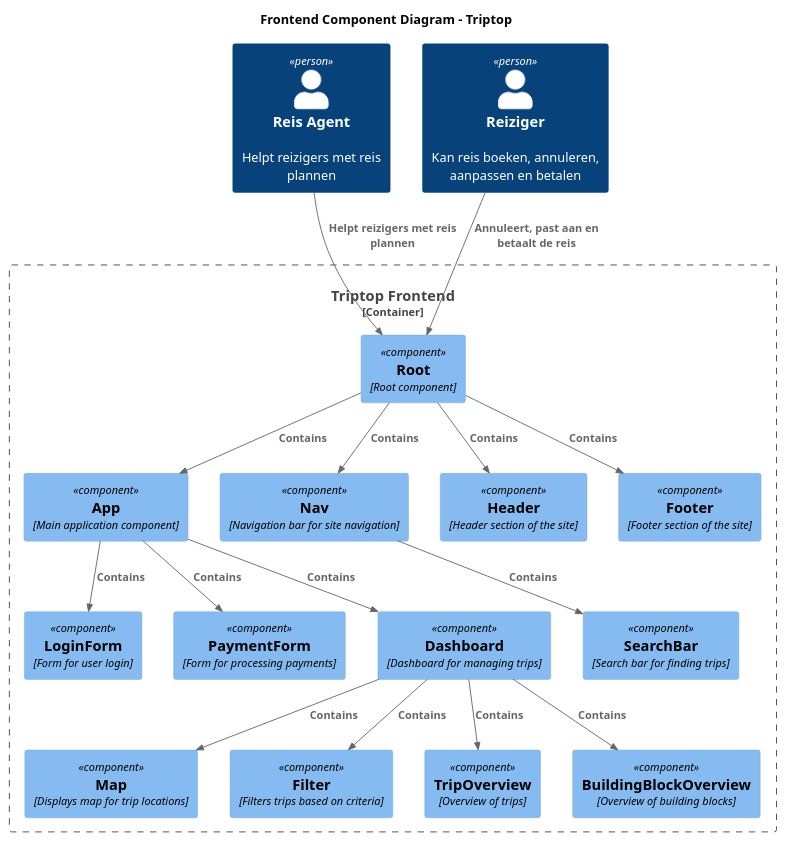
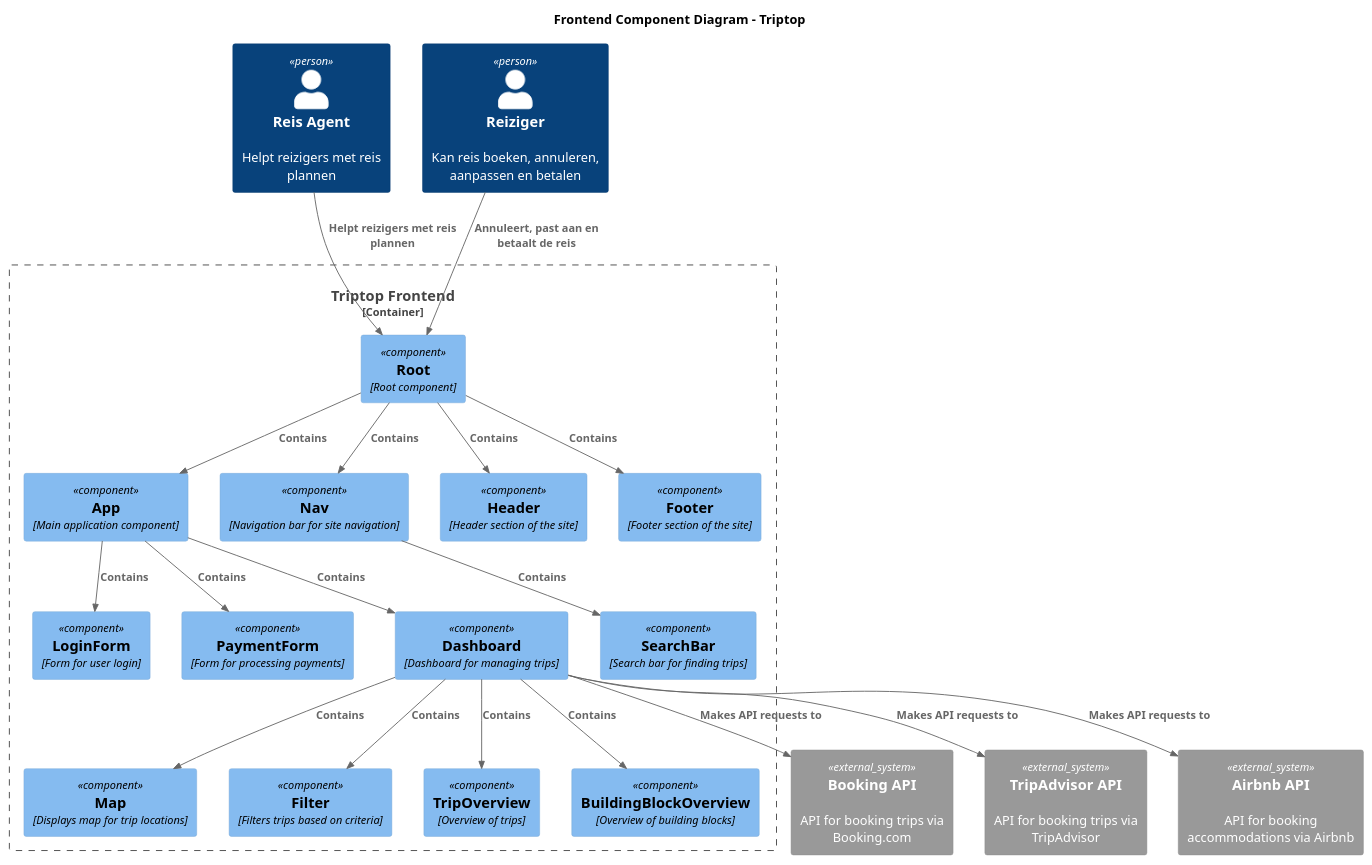
Before and after one commit to AIM-ENE-feb25/triptop-inshallahboys: the diagram in Week2/Presentatie/component-diagrammen/component-diagram-frontend.puml, drawn with PlantUML. The commit also changed 2 other files, not shown here.

```diff
--- a/Week2/Presentatie/component-diagrammen/component-diagram-frontend.puml
+++ b/Week2/Presentatie/component-diagrammen/component-diagram-frontend.puml
@@ -1,40 +1,48 @@
 @startuml
 !include https://raw.githubusercontent.com/plantuml-stdlib/C4-PlantUML/master/C4_Component.puml
 
 title Frontend Component Diagram - Triptop
 
 Person(reisAgent, "Reis Agent", "Helpt reizigers met reis plannen")
 Person(reiziger, "Reiziger", "Kan reis boeken, annuleren, aanpassen en betalen")
 
 Container_Boundary(backend, "Triptop Frontend") {
     Component(app, App, "Main application component")
     Component(root, Root, "Root component")
     Component(nav, Nav, "Navigation bar for site navigation")
     Component(header, Header, "Header section of the site")
     Component(footer, Footer, "Footer section of the site")
     Component(loginForm, LoginForm, "Form for user login")
     Component(map, Map, "Displays map for trip locations")
     Component(filter, Filter, "Filters trips based on criteria")
     Component(paymentForm, PaymentForm, "Form for processing payments")
     Component(tripOverview, TripOverview, "Overview of trips")
     Component(buildingBlockOverview, BuildingBlockOverview, "Overview of building blocks")
     Component(searchBar, SearchBar, "Search bar for finding trips")
     Component(dashboard, Dashboard, "Dashboard for managing trips")
 }
+    System_Ext(bookingAPI, "Booking API", "API for booking trips via Booking.com")
+    System_Ext(tripAdvisor, "TripAdvisor API", "API for booking trips via TripAdvisor")
+    System_Ext(airbnb, "Airbnb API", "API for booking accommodations via Airbnb")
+
+
 
 Rel(reiziger, root, "Annuleert, past aan en betaalt de reis")
 Rel(reisAgent, root, "Helpt reizigers met reis plannen")
 Rel(root, header, "Contains")
 Rel(root, nav, "Contains")
 Rel(root, footer, "Contains")
 Rel(root, app, "Contains")
 Rel(app, loginForm, "Contains")
 Rel(app, paymentForm, "Contains")
 Rel(app, dashboard, "Contains")
 Rel(dashboard, map, "Contains")
 Rel(nav, searchBar, "Contains")
 Rel(dashboard, buildingBlockOverview, "Contains")
 Rel(dashboard, filter, "Contains")
 Rel(dashboard, tripOverview, "Contains")
+Rel(dashboard, bookingAPI, "Makes API requests to")
+Rel(dashboard, tripAdvisor, "Makes API requests to")
+Rel(dashboard, airbnb, "Makes API requests to")
 
 @enduml
```
